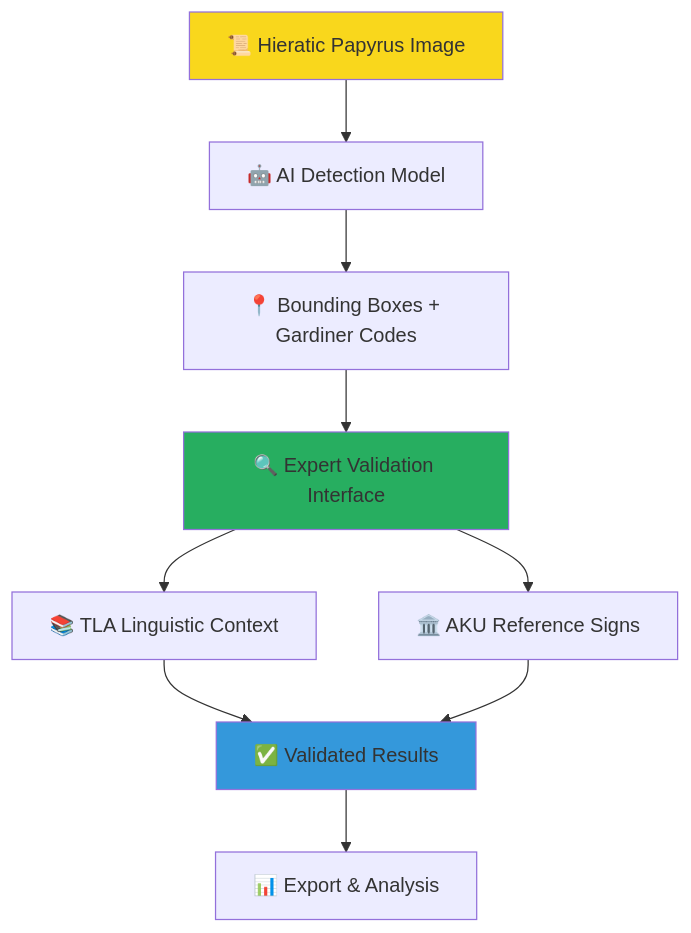
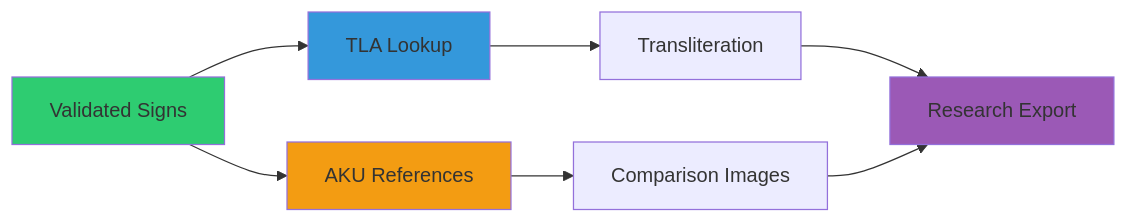
One commit to MargotBelot/HieraticAI changed the third of 5 diagrams in README.md. Above: the diagram before and after it, drawn with Mermaid. The commit also changed other lines of this file and 2410 other files, not shown here.

````diff
--- a/README.md
+++ b/README.md
@@ -13,15 +67,14 @@
 ```mermaid
-graph TD
-    A[📜 Hieratic Papyrus Image] --> B[🤖 AI Detection Model]
-    B --> C[📍 Bounding Boxes + Gardiner Codes]
-    C --> D[🔍 Expert Validation Interface]
-    D --> E[📚 TLA Linguistic Context]
-    D --> F[🏛️ AKU Reference Signs]
-    E --> G[✅ Validated Results]
-    F --> G
-    G --> H[📊 Export & Analysis]
+graph LR
+    A[Validated Signs] --> B[TLA Lookup]
+    A --> C[AKU References]
+    B --> D[Transliteration]
+    C --> E[Comparison Images]
+    D --> F[Research Export]
+    E --> F
     
-    style A fill:#f9d71c
-    style D fill:#27ae60
-    style G fill:#3498db
+    style A fill:#2ecc71
+    style B fill:#3498db
+    style C fill:#f39c12
+    style F fill:#9b59b6
 ```
````
